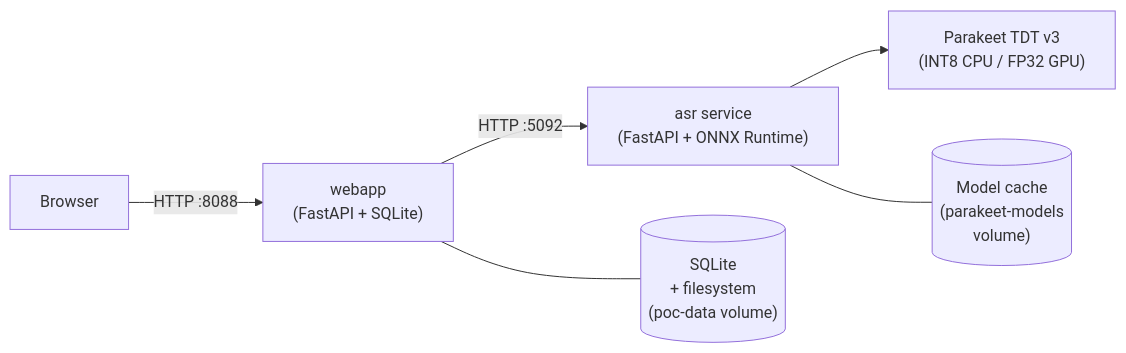
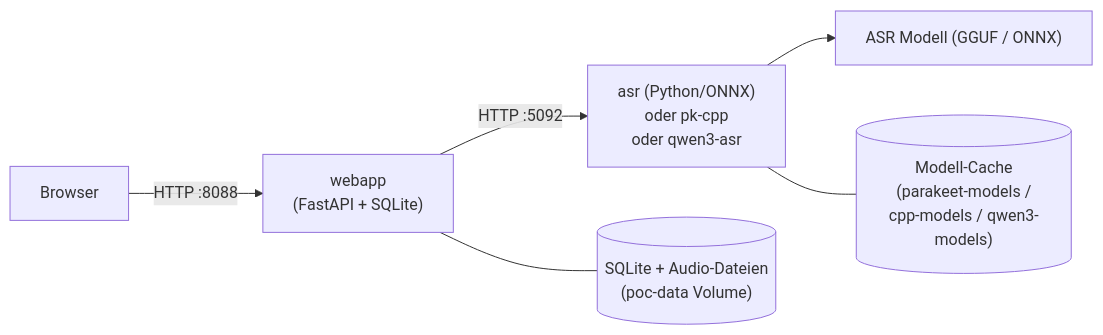
The diagram in README.md (tilllt/polyschnack-asr), drawn with Mermaid before and after one commit. The commit also changed other lines of this file and 13 other files, not shown here.

````diff
--- a/README.md
+++ b/README.md
@@ -90,8 +125,8 @@
 ```mermaid
 graph LR
-    Browser -->|HTTP :8088| webapp["webapp\n(FastAPI + SQLite)"]
-    webapp -->|HTTP :5092| asr["asr service\n(FastAPI + ONNX Runtime)"]
-    asr --> model["Parakeet TDT v3\n(INT8 CPU / FP32 GPU)"]
-    webapp --- db[("SQLite\n+ filesystem\n(poc-data volume)")]
-    asr --- mcache[("Model cache\n(parakeet-models\nvolume)")]
+    Browser -->|HTTP :8088| webapp["webapp<br/>(FastAPI + SQLite)"]
+    webapp -->|HTTP :5092| asr["asr (Python/ONNX)<br/>oder pk-cpp<br/>oder qwen3-asr"]
+    asr --> model["ASR Modell (GGUF / ONNX)"]
+    webapp --- db[("SQLite + Audio-Dateien<br/>(poc-data Volume)")]
+    asr --- mcache[("Modell-Cache<br/>(parakeet-models /<br/>cpp-models / qwen3-models)")]
 ```
````
